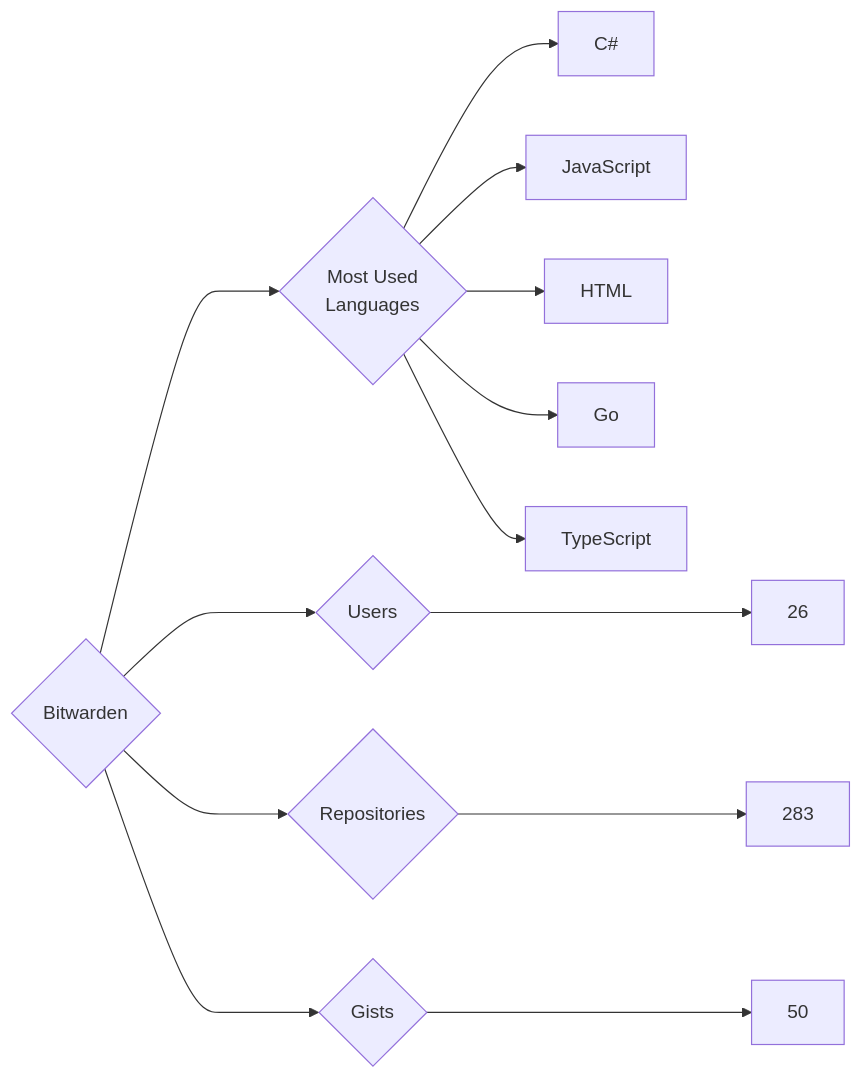
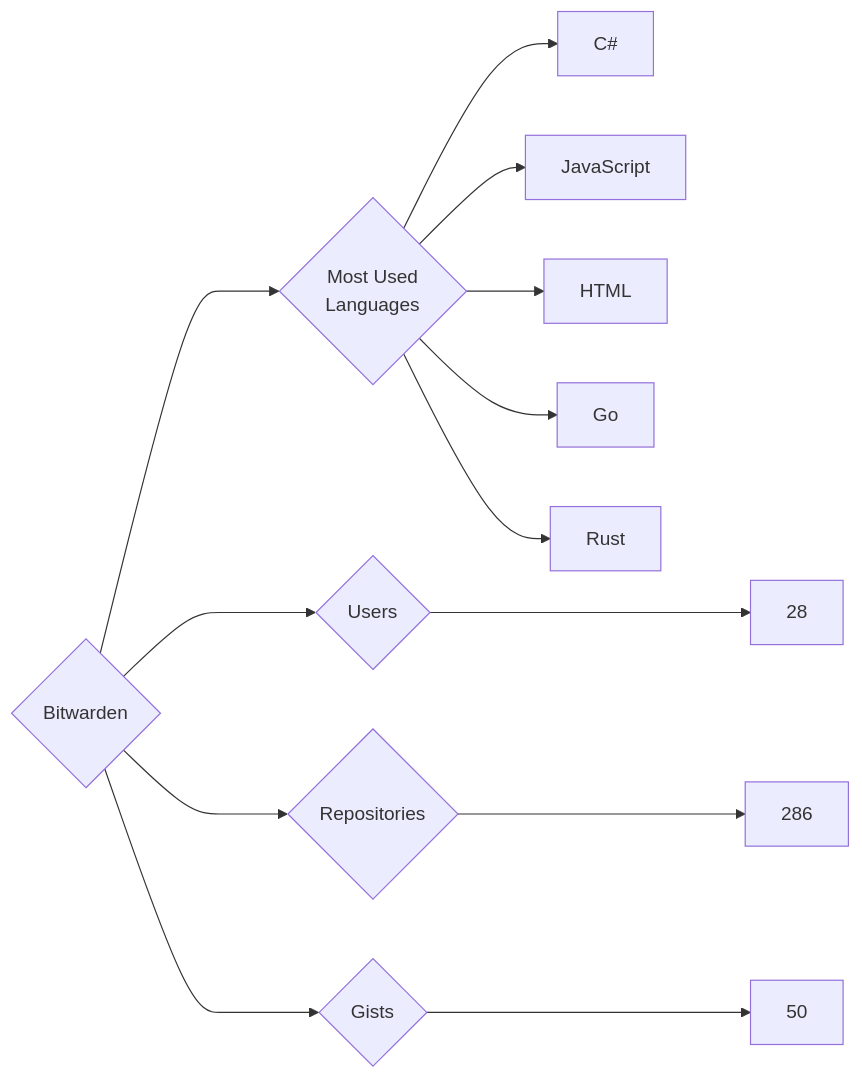
The diagram in targets/Bitwarden/README.md (trickest/insiders), drawn with Mermaid before and after one commit. The commit also changed 837 other files, not shown here.

````diff
--- a/targets/Bitwarden/README.md
+++ b/targets/Bitwarden/README.md
@@ -3,13 +3,13 @@
 ```mermaid
 graph LR
 COMPANY_NAME{Bitwarden}
-COMPANY_NAME ---> U{Users} ---> UN[26]
-COMPANY_NAME ---> R{Repositories} ---> RN[283]
+COMPANY_NAME ---> U{Users} ---> UN[28]
+COMPANY_NAME ---> R{Repositories} ---> RN[286]
 COMPANY_NAME ---> G{Gists} ---> GN[50]
 COMPANY_NAME ---> ML{Most Used<br>Languages}
 ML --> C#[C#]
 ML --> JavaScript[JavaScript]
 ML --> HTML[HTML]
 ML --> Go[Go]
-ML --> TypeScript[TypeScript]
+ML --> Rust[Rust]
 ```
````
